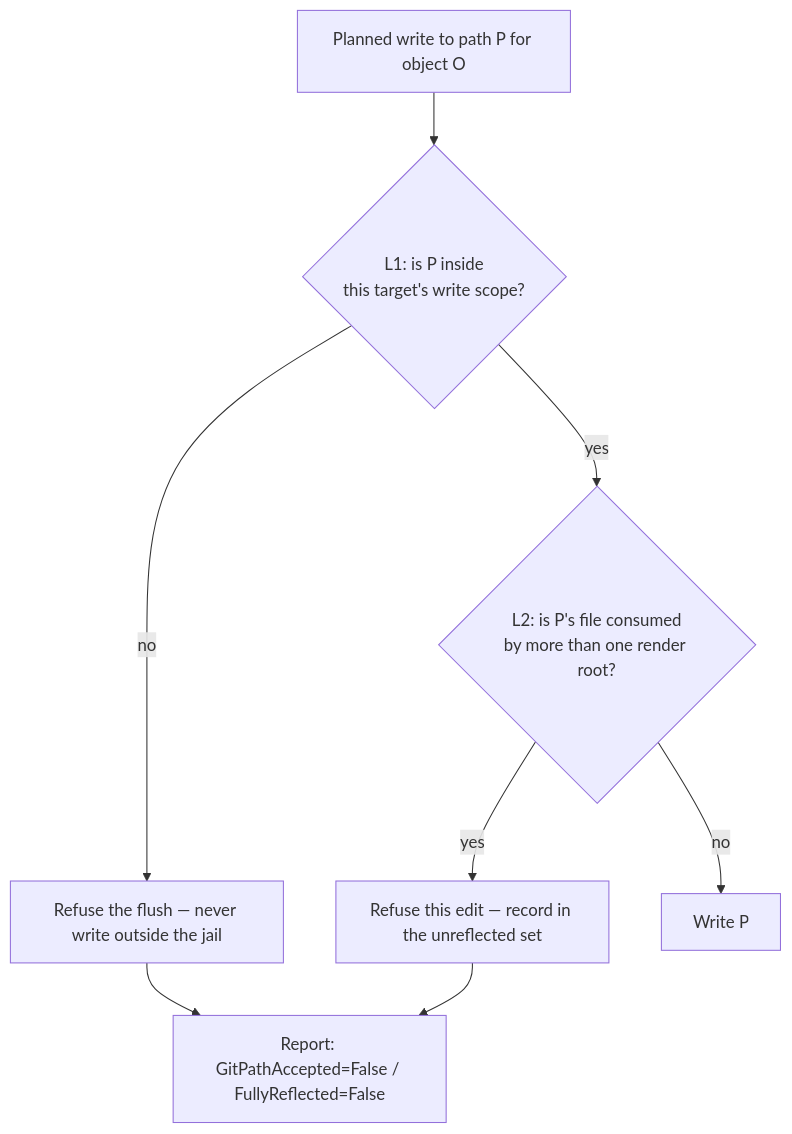
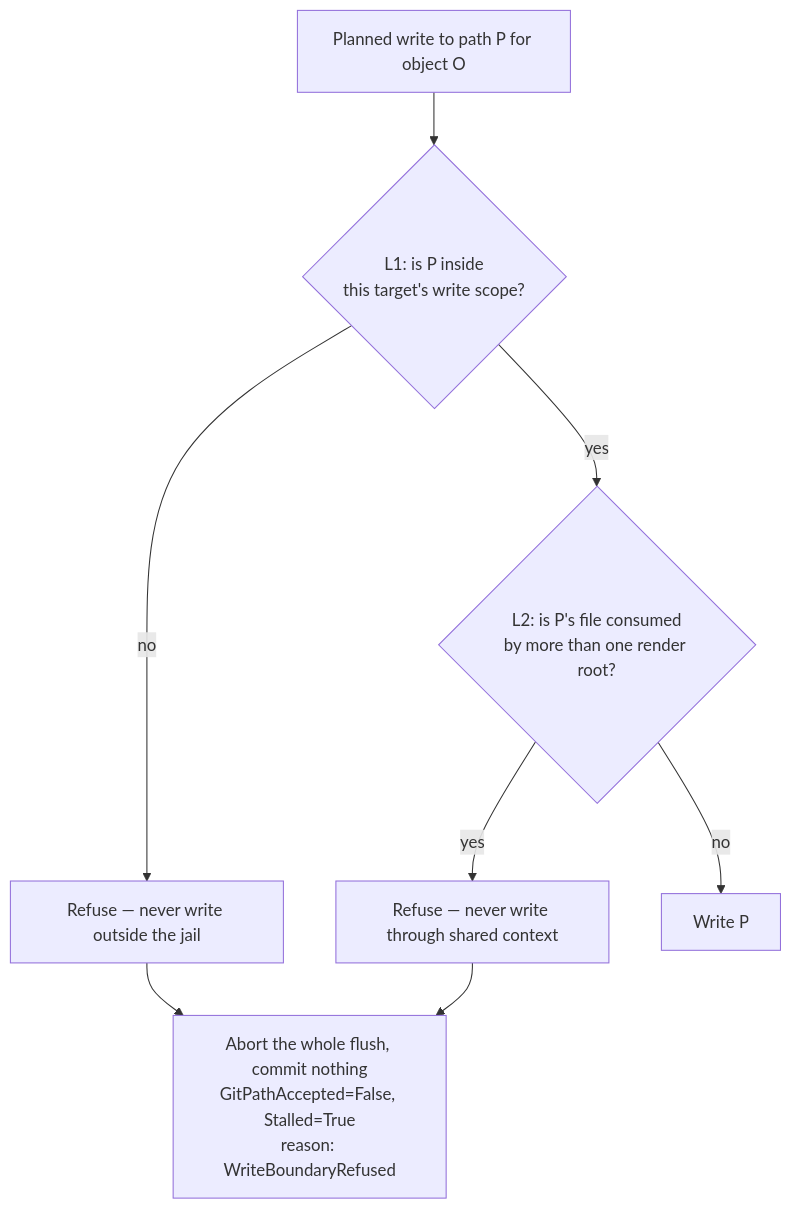
Before and after one commit to ConfigButler/gitops-reverser: the first of 5 diagrams in docs/design/gitops-api/gittarget-granularity-and-cross-environment-edits.md, drawn with Mermaid. The commit also changed other lines of this file and 6 other files, not shown here.

````diff
--- a/docs/design/gitops-api/gittarget-granularity-and-cross-environment-edits.md
+++ b/docs/design/gitops-api/gittarget-granularity-and-cross-environment-edits.md
@@ -88,10 +91,10 @@
 ```mermaid
 flowchart TD
     W[Planned write to path P for object O] --> L1{L1: is P inside<br/>this target's write scope?}
-    L1 -->|no| RJ[Refuse the flush — never write outside the jail]
+    L1 -->|no| RJ[Refuse — never write outside the jail]
     L1 -->|yes| L2{L2: is P's file consumed<br/>by more than one render root?}
-    L2 -->|yes| RF[Refuse this edit — record in the unreflected set]
+    L2 -->|yes| RF[Refuse — never write through shared context]
     L2 -->|no| OK[Write P]
-    RJ --> REP[Report: GitPathAccepted=False / FullyReflected=False]
+    RJ --> REP["Abort the whole flush, commit nothing<br/>GitPathAccepted=False, Stalled=True<br/>reason: WriteBoundaryRefused"]
     RF --> REP
 ```
````
